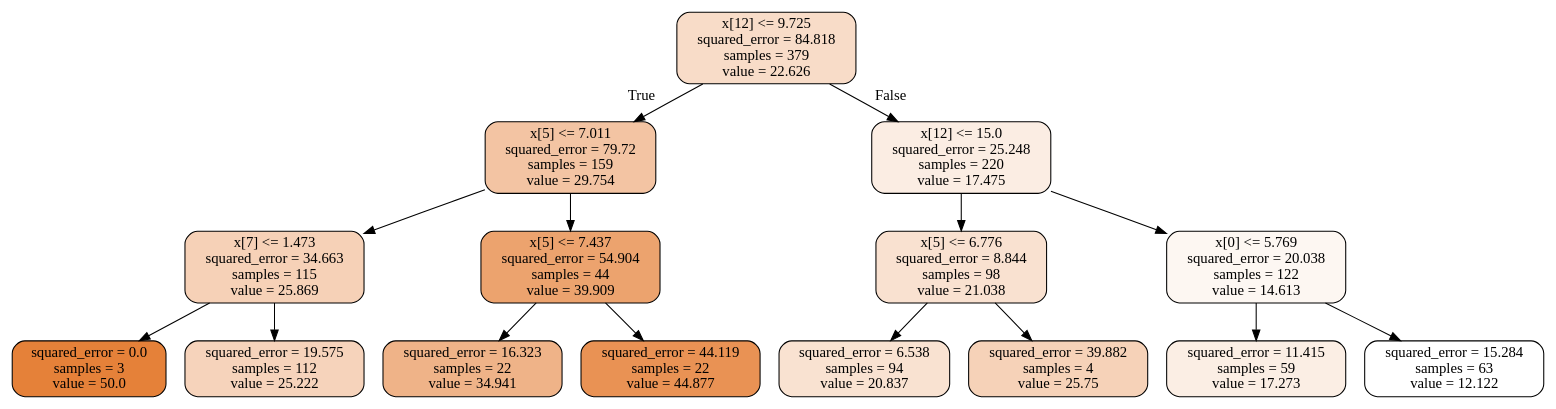
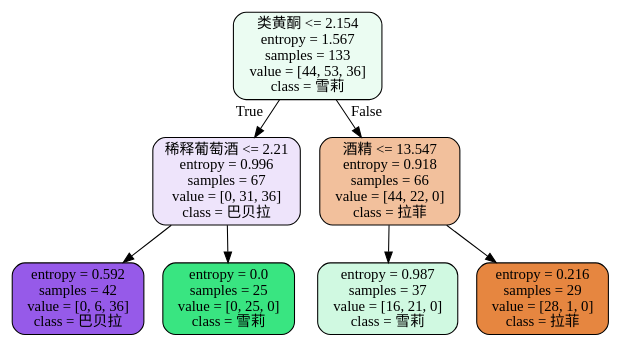
The diagram in 05决策树模型/Source.gv (MatthewMaxy/Machine-Learning), drawn with Graphviz before and after one commit. The commit also changed 42 other files, not shown here.

```diff
--- a/05决策树模型/Source.gv
+++ b/05决策树模型/Source.gv
@@ -1,33 +1,17 @@
 digraph Tree {
 node [shape=box, style="filled, rounded", color="black", fontname="FangSong"] ;
 edge [fontname="FangSong"] ;
-0 [label="x[12] <= 9.725\nsquared_error = 84.818\nsamples = 379\nvalue = 22.626", fillcolor="#f8dcc8"] ;
-1 [label="x[5] <= 7.011\nsquared_error = 79.72\nsamples = 159\nvalue = 29.754", fillcolor="#f3c4a3"] ;
+0 [label="类黄酮 <= 2.154\nentropy = 1.567\nsamples = 133\nvalue = [44, 53, 36]\nclass = 雪莉", fillcolor="#ebfcf2"] ;
+1 [label="稀释葡萄酒 <= 2.21\nentropy = 0.996\nsamples = 67\nvalue = [0, 31, 36]\nclass = 巴贝拉", fillcolor="#eee4fb"] ;
 0 -> 1 [labeldistance=2.5, labelangle=45, headlabel="True"] ;
-3 [label="x[7] <= 1.473\nsquared_error = 34.663\nsamples = 115\nvalue = 25.869", fillcolor="#f6d1b7"] ;
+3 [label="entropy = 0.592\nsamples = 42\nvalue = [0, 6, 36]\nclass = 巴贝拉", fillcolor="#965ae9"] ;
 1 -> 3 ;
-7 [label="squared_error = 0.0\nsamples = 3\nvalue = 50.0", fillcolor="#e58139"] ;
-3 -> 7 ;
-8 [label="squared_error = 19.575\nsamples = 112\nvalue = 25.222", fillcolor="#f6d3bb"] ;
-3 -> 8 ;
-4 [label="x[5] <= 7.437\nsquared_error = 54.904\nsamples = 44\nvalue = 39.909", fillcolor="#eca36e"] ;
+4 [label="entropy = 0.0\nsamples = 25\nvalue = [0, 25, 0]\nclass = 雪莉", fillcolor="#39e581"] ;
 1 -> 4 ;
-9 [label="squared_error = 16.323\nsamples = 22\nvalue = 34.941", fillcolor="#efb388"] ;
-4 -> 9 ;
-10 [label="squared_error = 44.119\nsamples = 22\nvalue = 44.877", fillcolor="#e99254"] ;
-4 -> 10 ;
-2 [label="x[12] <= 15.0\nsquared_error = 25.248\nsamples = 220\nvalue = 17.475", fillcolor="#fbede3"] ;
+2 [label="酒精 <= 13.547\nentropy = 0.918\nsamples = 66\nvalue = [44, 22, 0]\nclass = 拉菲", fillcolor="#f2c09c"] ;
 0 -> 2 [labeldistance=2.5, labelangle=-45, headlabel="False"] ;
-5 [label="x[5] <= 6.776\nsquared_error = 8.844\nsamples = 98\nvalue = 21.038", fillcolor="#f9e1d0"] ;
+5 [label="entropy = 0.987\nsamples = 37\nvalue = [16, 21, 0]\nclass = 雪莉", fillcolor="#d0f9e1"] ;
 2 -> 5 ;
-13 [label="squared_error = 6.538\nsamples = 94\nvalue = 20.837", fillcolor="#f9e2d1"] ;
-5 -> 13 ;
-14 [label="squared_error = 39.882\nsamples = 4\nvalue = 25.75", fillcolor="#f6d2b8"] ;
-5 -> 14 ;
-6 [label="x[0] <= 5.769\nsquared_error = 20.038\nsamples = 122\nvalue = 14.613", fillcolor="#fdf7f2"] ;
+6 [label="entropy = 0.216\nsamples = 29\nvalue = [28, 1, 0]\nclass = 拉菲", fillcolor="#e68640"] ;
 2 -> 6 ;
-11 [label="squared_error = 11.415\nsamples = 59\nvalue = 17.273", fillcolor="#fbeee4"] ;
-6 -> 11 ;
-12 [label="squared_error = 15.284\nsamples = 63\nvalue = 12.122", fillcolor="#ffffff"] ;
-6 -> 12 ;
 }
```
